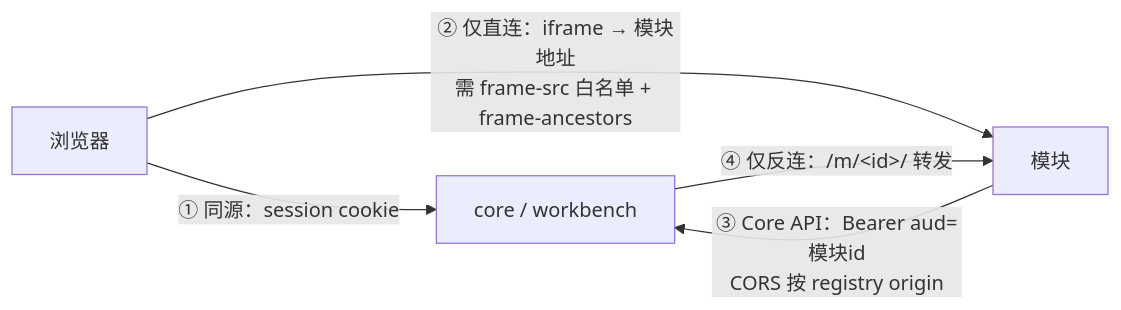
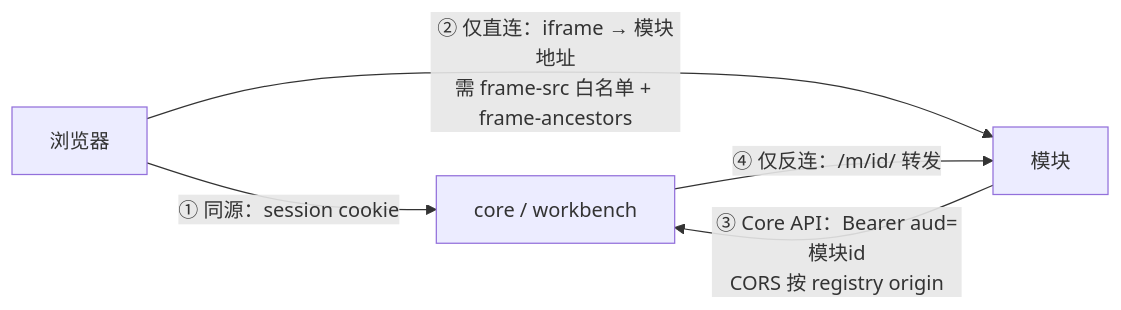
Before and after one commit to UN-Self/unself: the diagram in docs/architecture.md, drawn with Mermaid. The commit also changed other lines of this file and 1 other file, not shown here.

````diff
--- a/docs/architecture.md
+++ b/docs/architecture.md
@@ -168,11 +168,11 @@
 ```mermaid
 flowchart LR
   B["浏览器"]
   C["core / workbench"]
   M["模块"]
 
   B -->|"① 同源：session cookie"| C
   B -->|"② 仅直连：iframe → 模块地址<br/>需 frame-src 白名单 + frame-ancestors"| M
   M -->|"③ Core API：Bearer aud=模块id<br/>CORS 按 registry origin"| C
-  C -->|"④ 仅反连：/m/#lt;id#gt;/ 转发"| M
+  C -->|"④ 仅反连：/m/id/ 转发"| M
 ```
````
